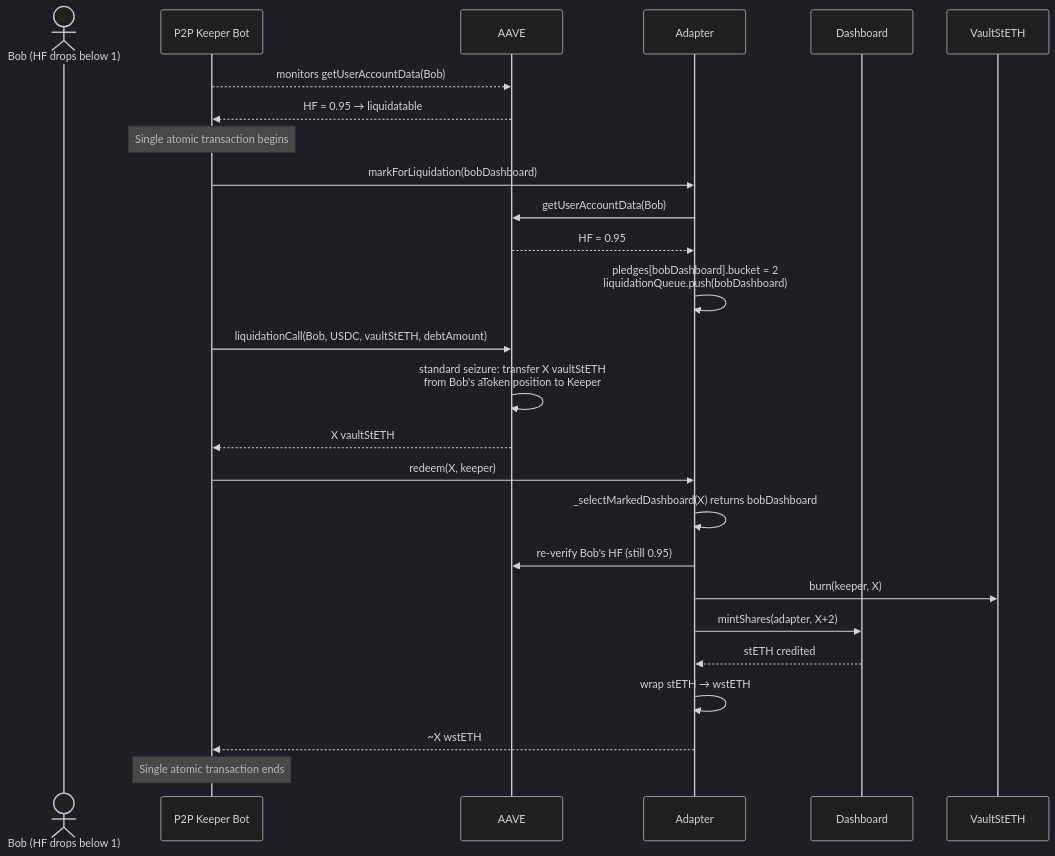
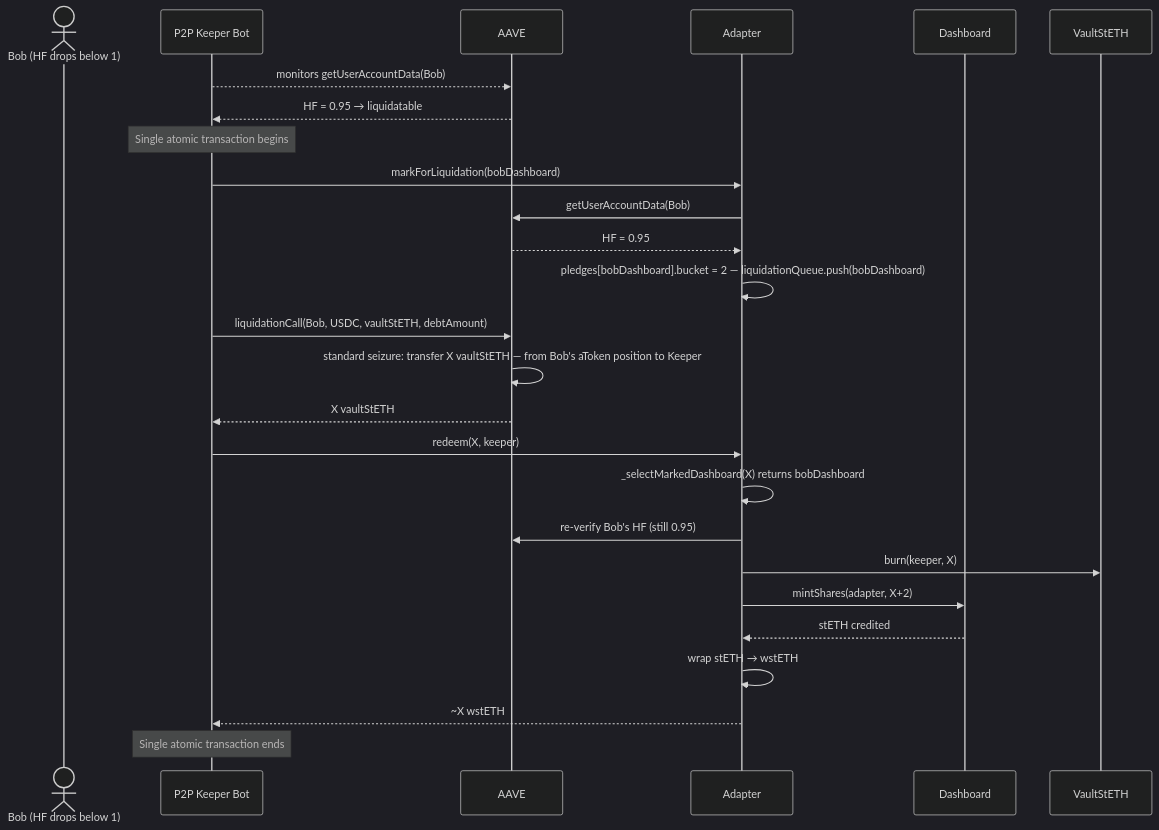
Before and after one commit to sanbir/vault-steth-adapter: diagram 15 of 24 in docs/Architecture.md, drawn with Mermaid (dark theme). The commit also changed other lines of this file and 1 other file, not shown here.

First line of the commit message:
docs: fix Mermaid <br/> rendering errors in Architecture.md and Liquidation-guarantees.md

````diff
--- a/docs/Architecture.md
+++ b/docs/Architecture.md
@@ -578,32 +578,32 @@
 ```mermaid
 sequenceDiagram
     actor BorrowerBob as Bob (HF drops below 1)
     participant Keeper as P2P Keeper Bot
     participant AAVE
     participant Adapter
     participant Dashboard
     participant VaultStETH
 
     Keeper-->>AAVE: monitors getUserAccountData(Bob)
     AAVE-->>Keeper: HF = 0.95 → liquidatable
 
     Note over Keeper: Single atomic transaction begins
     Keeper->>Adapter: markForLiquidation(bobDashboard)
     Adapter->>AAVE: getUserAccountData(Bob)
     AAVE-->>Adapter: HF = 0.95
-    Adapter->>Adapter: pledges[bobDashboard].bucket = 2<br/>liquidationQueue.push(bobDashboard)
+    Adapter->>Adapter: pledges[bobDashboard].bucket = 2 — liquidationQueue.push(bobDashboard)
 
     Keeper->>AAVE: liquidationCall(Bob, USDC, vaultStETH, debtAmount)
-    AAVE->>AAVE: standard seizure: transfer X vaultStETH<br/>from Bob's aToken position to Keeper
+    AAVE->>AAVE: standard seizure: transfer X vaultStETH — from Bob's aToken position to Keeper
     AAVE-->>Keeper: X vaultStETH
 
     Keeper->>Adapter: redeem(X, keeper)
     Adapter->>Adapter: _selectMarkedDashboard(X) returns bobDashboard
     Adapter->>AAVE: re-verify Bob's HF (still 0.95)
     Adapter->>VaultStETH: burn(keeper, X)
     Adapter->>Dashboard: mintShares(adapter, X+2)
     Dashboard-->>Adapter: stETH credited
     Adapter->>Adapter: wrap stETH → wstETH
     Adapter-->>Keeper: ~X wstETH
     Note over Keeper: Single atomic transaction ends
 ```
````
